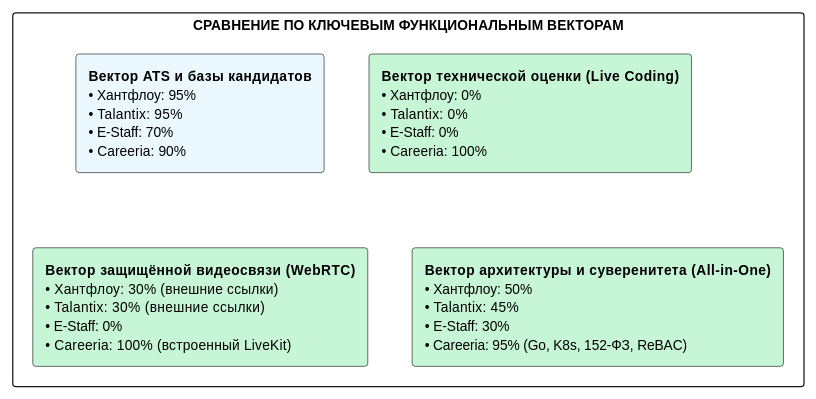
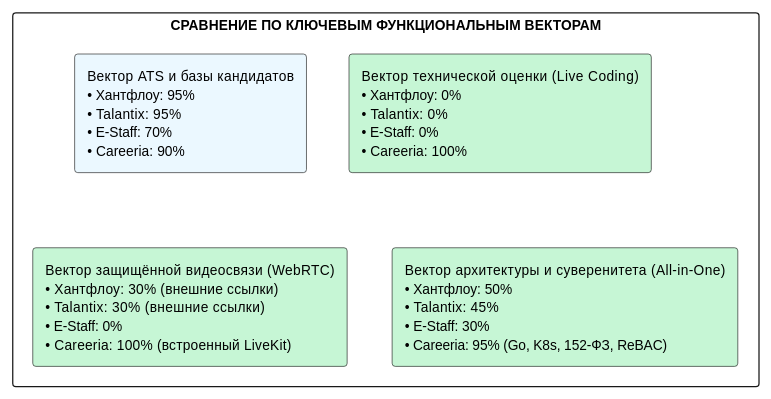
One commit to krackl1n/careeria changed the third of 3 diagrams in docs/project/01-general/05-analogs-analysis.md. Above: the diagram before and after it, drawn with PlantUML. The commit also changed other lines of this file and 2 other files, not shown here.

````diff
--- a/docs/project/01-general/05-analogs-analysis.md
+++ b/docs/project/01-general/05-analogs-analysis.md
@@ -297,16 +287,16 @@
 ```plantuml
 @startuml
 skinparam rectangle {
   RoundCorner 5
   FontName Arial
   FontSize 11
 }
 
 rectangle "СРАВНЕНИЕ ПО КЛЮЧЕВЫМ ФУНКЦИОНАЛЬНЫМ ВЕКТОРАМ" as CompVectors {
-  rectangle "**Вектор ATS и базы кандидатов**\n• Хантфлоу: 95%\n• Talantix: 95%\n• E-Staff: 70%\n• Careeria: 90%" as V1 #EBF8FF
-  rectangle "**Вектор технической оценки (Live Coding)**\n• Хантфлоу: 0%\n• Talantix: 0%\n• E-Staff: 0%\n• Careeria: 100%" as V2 #C6F6D5
-  rectangle "**Вектор защищённой видеосвязи (WebRTC)**\n• Хантфлоу: 30% (внешние ссылки)\n• Talantix: 30% (внешние ссылки)\n• E-Staff: 0%\n• Careeria: 100% (встроенный LiveKit)" as V3 #C6F6D5
-  rectangle "**Вектор архитектуры и суверенитета (All-in-One)**\n• Хантфлоу: 50%\n• Talantix: 45%\n• E-Staff: 30%\n• Careeria: 95% (Go, K8s, 152-ФЗ, ReBAC)" as V4 #C6F6D5
+  rectangle "Вектор ATS и базы кандидатов\n• Хантфлоу: 95%\n• Talantix: 95%\n• E-Staff: 70%\n• Careeria: 90%" as V1 #EBF8FF
+  rectangle "Вектор технической оценки (Live Coding)\n• Хантфлоу: 0%\n• Talantix: 0%\n• E-Staff: 0%\n• Careeria: 100%" as V2 #C6F6D5
+  rectangle "Вектор защищённой видеосвязи (WebRTC)\n• Хантфлоу: 30% (внешние ссылки)\n• Talantix: 30% (внешние ссылки)\n• E-Staff: 0%\n• Careeria: 100% (встроенный LiveKit)" as V3 #C6F6D5
+  rectangle "Вектор архитектуры и суверенитета (All-in-One)\n• Хантфлоу: 50%\n• Talantix: 45%\n• E-Staff: 30%\n• Careeria: 95% (Go, K8s, 152-ФЗ, ReBAC)" as V4 #C6F6D5
 }
 @enduml
 ```
````
